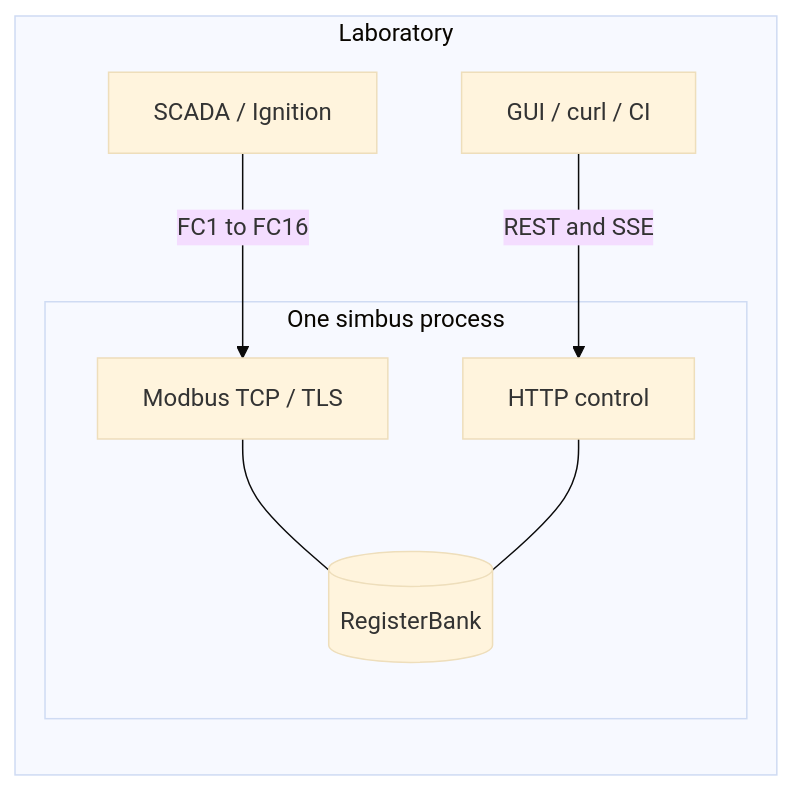
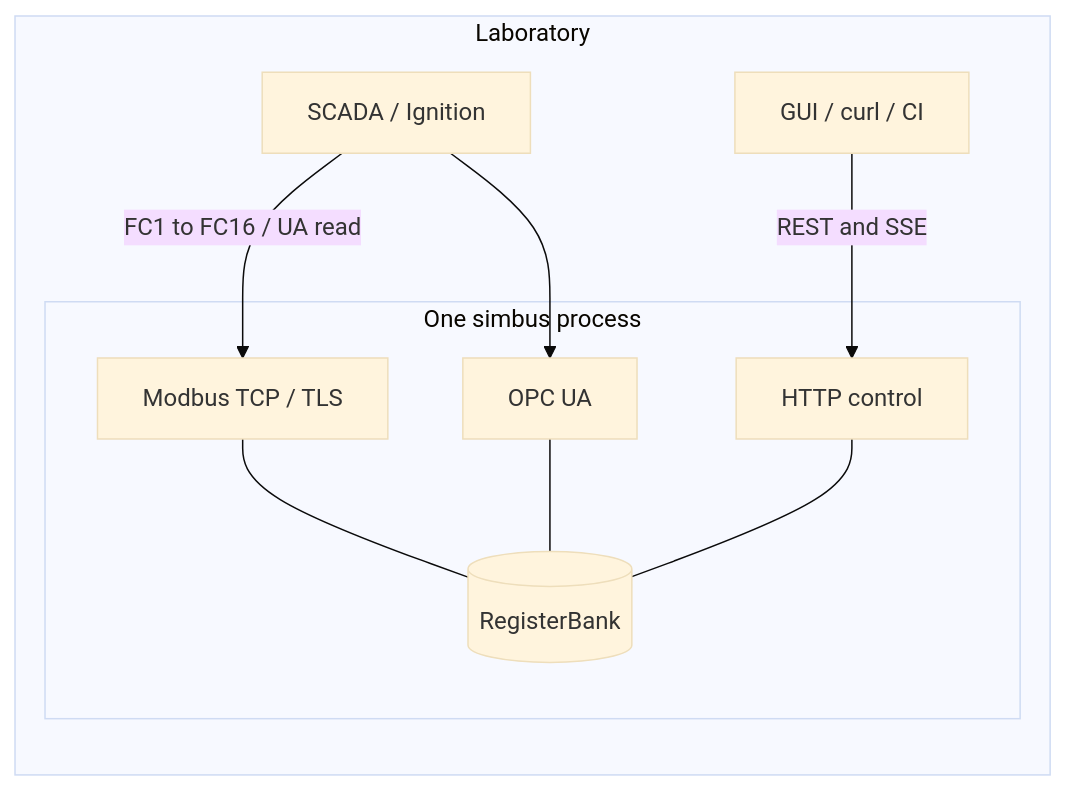
One commit to obsidia-systems/simbus changed the first of 7 diagrams in docs/architecture.md. Above: the diagram before and after it, drawn with Mermaid (base theme). The commit also changed other lines of this file and 25 other files, not shown here.

````diff
--- a/docs/architecture.md
+++ b/docs/architecture.md
@@ -24,16 +24,19 @@
 ```mermaid
 flowchart LR
     subgraph lab [Laboratory]
         scada[SCADA / Ignition]
         gui[GUI / curl / CI]
         subgraph proc [One simbus process]
             mb[Modbus TCP / TLS]
+            ua[OPC UA]
             http[HTTP control]
             bank[(RegisterBank)]
             mb --- bank
+            ua --- bank
             http --- bank
         end
     end
-    scada -->|FC1 to FC16| mb
+    scada -->|FC1 to FC16 / UA read| mb
+    scada --> ua
     gui -->|REST and SSE| http
 ```
````
